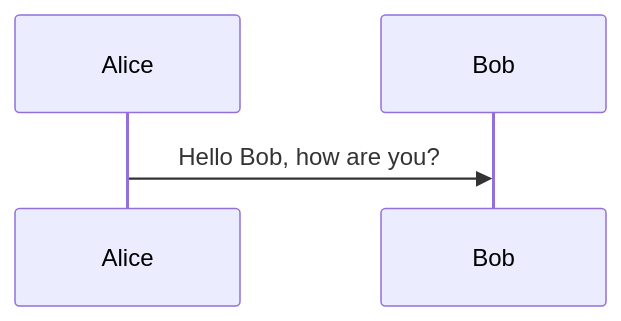
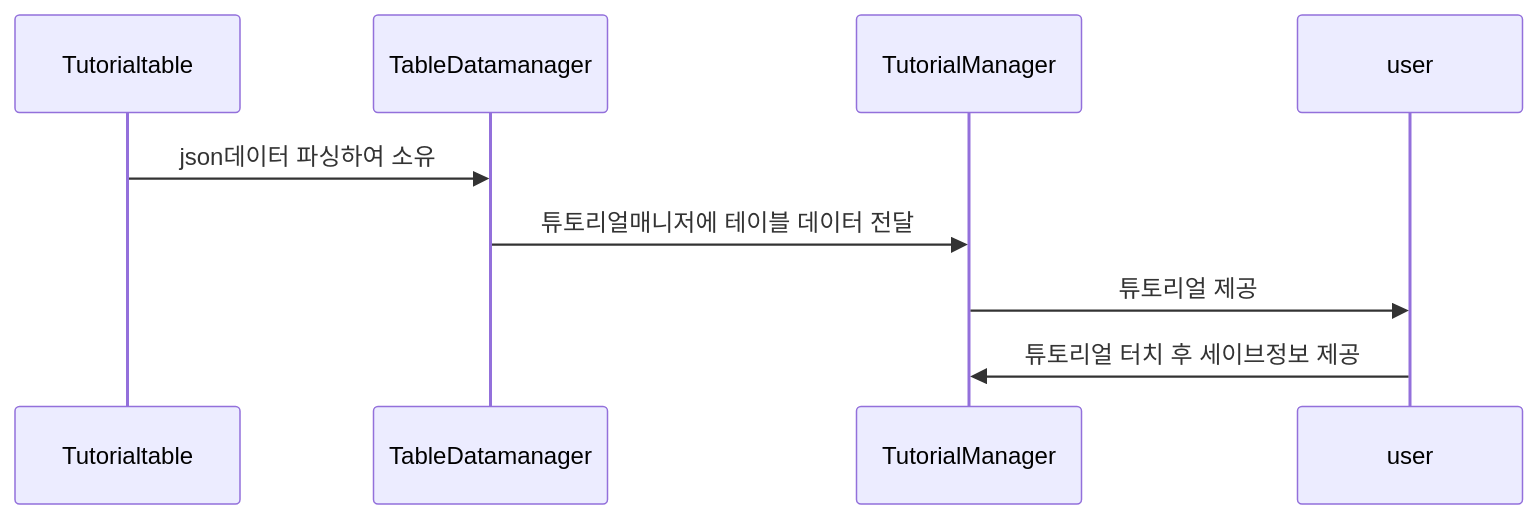
Before and after one commit to ijh00116/IdleGameSample: the diagram in README.md, drawn with Mermaid.

````diff
--- a/README.md
+++ b/README.md
@@ -249,5 +249,8 @@
 ```mermaid
 %% Example of sequence diagram
   sequenceDiagram
-    Alice->>Bob: Hello Bob, how are you?
+    Tutorialtable->>TableDatamanager: json데이터 파싱하여 소유
+    TableDatamanager->>TutorialManager: 튜토리얼매니저에 테이블 데이터 전달
+    TutorialManager->>user: 튜토리얼 제공
+    user->>TutorialManager: 튜토리얼 터치 후 세이브정보 제공
 ```
````
